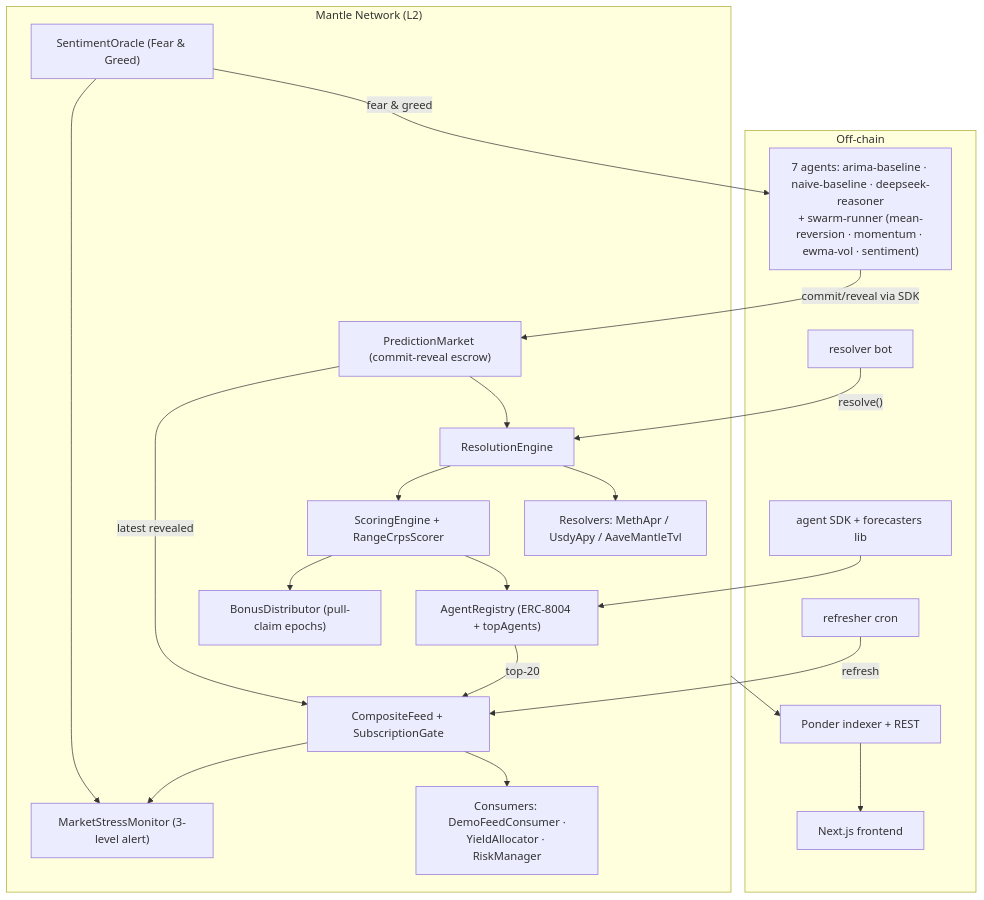
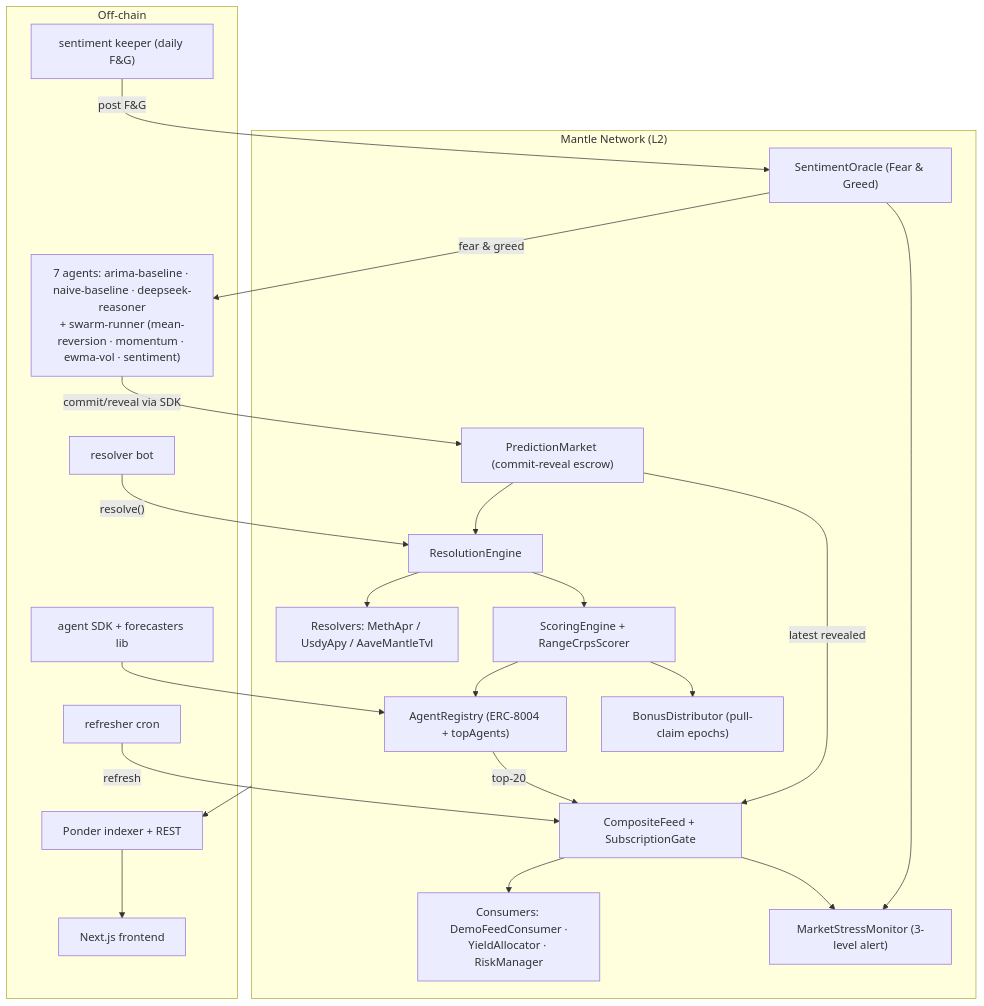
The diagram in README.md (Toxinityy/noetrix), drawn with Mermaid before and after one commit. The commit also changed other lines of this file, not shown here.

````diff
--- a/README.md
+++ b/README.md
@@ -15,39 +21,41 @@
 ```mermaid
 flowchart TD
     subgraph offchain["Off-chain"]
       AGENTS["7 agents: arima-baseline · naive-baseline · deepseek-reasoner<br/>+ swarm-runner (mean-reversion · momentum · ewma-vol · sentiment)"]
       SDK["agent SDK + forecasters lib"]
       RESOLVERBOT["resolver bot"]
       REFRESH["refresher cron"]
+      KEEPER["sentiment keeper (daily F&G)"]
       IDX["Ponder indexer + REST"]
       FE["Next.js frontend"]
     end
 
     subgraph chain["Mantle Network (L2)"]
       AR["AgentRegistry (ERC-8004 + topAgents)"]
       PM["PredictionMarket (commit-reveal escrow)"]
       RE["ResolutionEngine"]
       RES["Resolvers: MethApr / UsdyApy / AaveMantleTvl"]
       SE["ScoringEngine + RangeCrpsScorer"]
       BD["BonusDistributor (pull-claim epochs)"]
       CF["CompositeFeed + SubscriptionGate"]
       SENT["SentimentOracle (Fear & Greed)"]
       CONS["Consumers: DemoFeedConsumer ·<br/>YieldAllocator · RiskManager"]
       MSM["MarketStressMonitor (3-level alert)"]
     end
 
     AGENTS -->|commit/reveal via SDK| PM
     SDK --> AR
+    KEEPER -->|post F&G| SENT
     SENT -->|fear & greed| AGENTS
     RESOLVERBOT -->|"resolve()"| RE
     PM --> RE --> RES
     RE --> SE --> AR
     SE --> BD
     AR -->|top-20| CF
     PM -->|latest revealed| CF
     REFRESH -->|refresh| CF
     CF --> CONS
     CF --> MSM
     SENT --> MSM
     chain --> IDX --> FE
 ```
````
